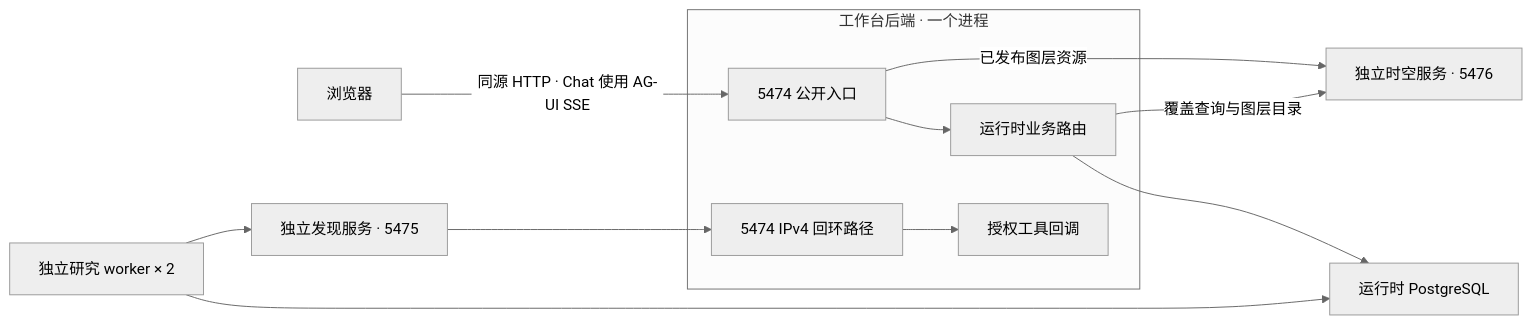
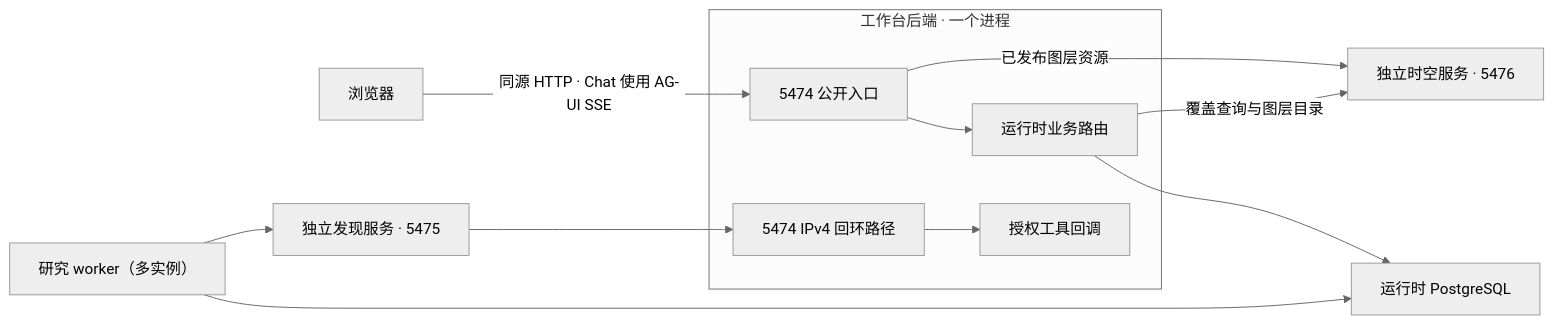
Before and after one commit to lust0yixiong/OneEarth: the diagram in docs/架构与接口现状.md, drawn with Mermaid (neutral theme). The commit also changed other lines of this file and 10 other files, not shown here.

````diff
--- a/docs/架构与接口现状.md
+++ b/docs/架构与接口现状.md
@@ -61,14 +61,14 @@
 ```mermaid
 flowchart LR
   B["浏览器"] -->|"同源 HTTP · Chat 使用 AG-UI SSE"| P
   subgraph W["工作台后端 · 一个进程"]
     P["5474 公开入口"] --> R["运行时业务路由"]
     C["5474 IPv4 回环路径"] --> T["授权工具回调"]
   end
   R --> DB["运行时 PostgreSQL"]
-  A["独立研究 worker × 2"] --> DB
+  A["研究 worker（多实例）"] --> DB
   A --> D["独立发现服务 · 5475"]
   D --> C
   R -->|"覆盖查询与图层目录"| S["独立时空服务 · 5476"]
   P -->|"已发布图层资源"| S
 ```
````
